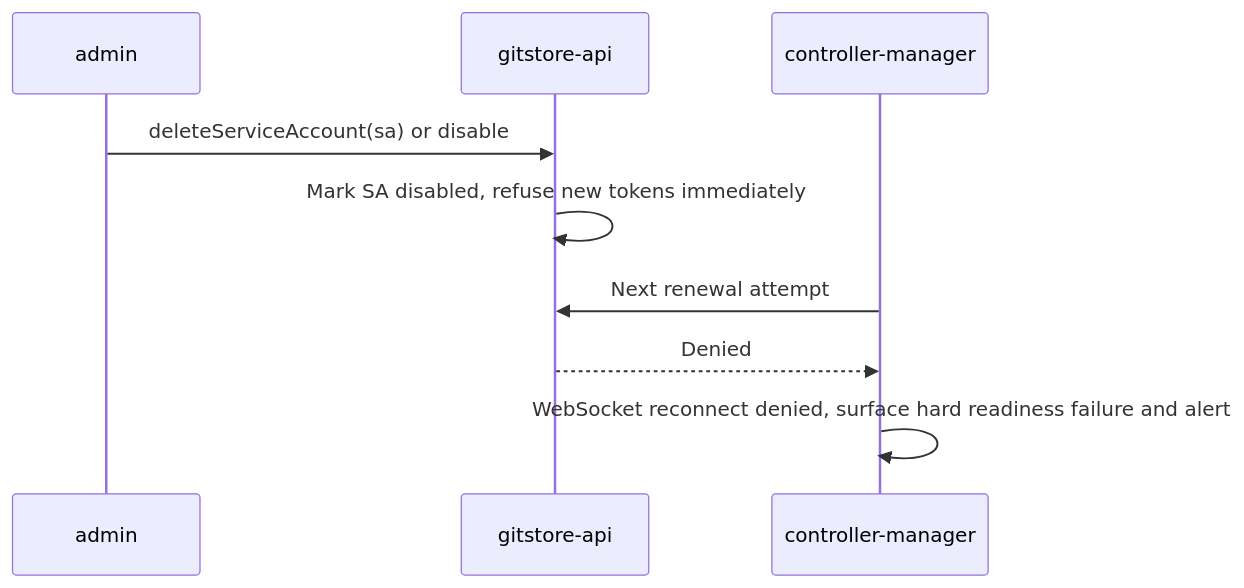
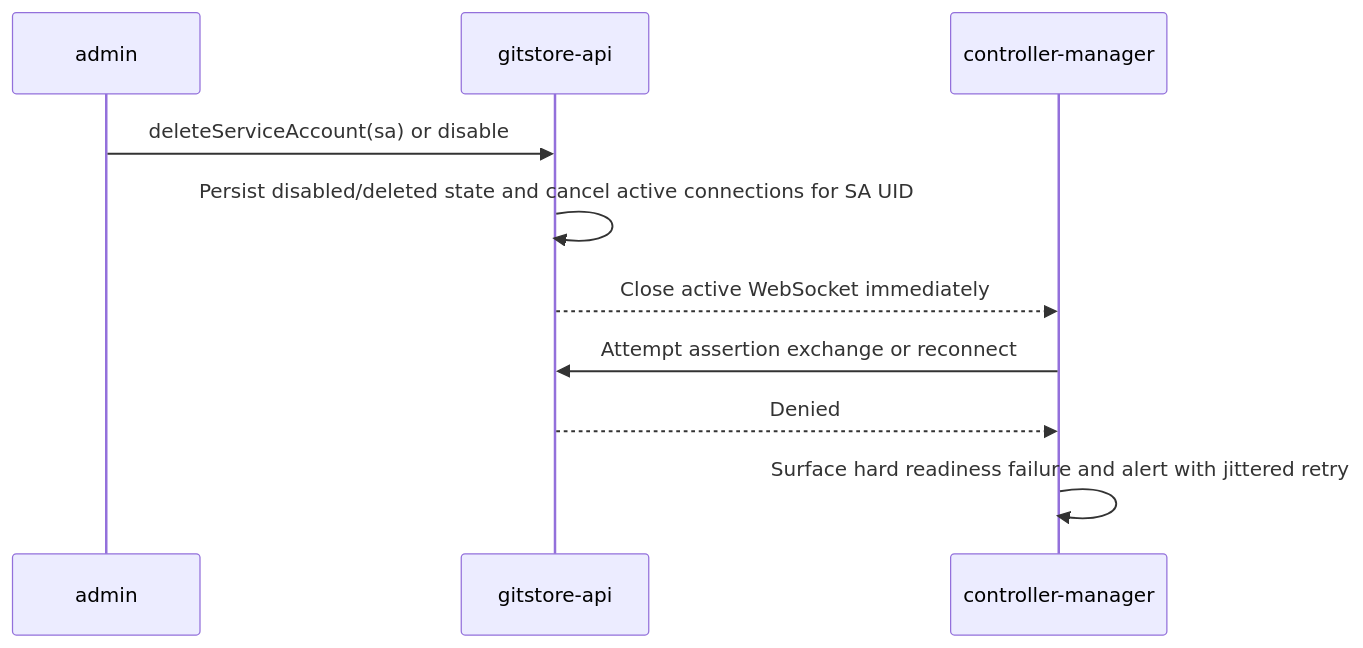
Before and after one commit to gitstore-dev/GitStore: the seventh of 7 diagrams in docs/implementation/021-controller_service_account_auth.md, drawn with Mermaid. The commit also changed other lines of this file and 6 other files, not shown here.

````diff
--- a/docs/implementation/021-controller_service_account_auth.md
+++ b/docs/implementation/021-controller_service_account_auth.md
@@ -196,11 +211,12 @@
 ```mermaid
 sequenceDiagram
     participant Admin as admin
     participant API as gitstore-api
     participant CM as controller-manager
     Admin->>API: deleteServiceAccount(sa) or disable
-    API->>API: Mark SA disabled, refuse new tokens immediately
-    CM->>API: Next renewal attempt
+    API->>API: Persist disabled/deleted state and cancel active connections for SA UID
+    API-->>CM: Close active WebSocket immediately
+    CM->>API: Attempt assertion exchange or reconnect
     API-->>CM: Denied
-    CM->>CM: WebSocket reconnect denied, surface hard readiness failure and alert
+    CM->>CM: Surface hard readiness failure and alert with jittered retry
 ```
````
